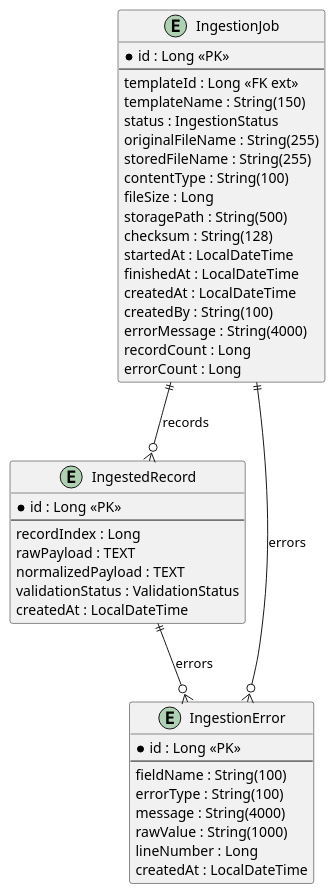
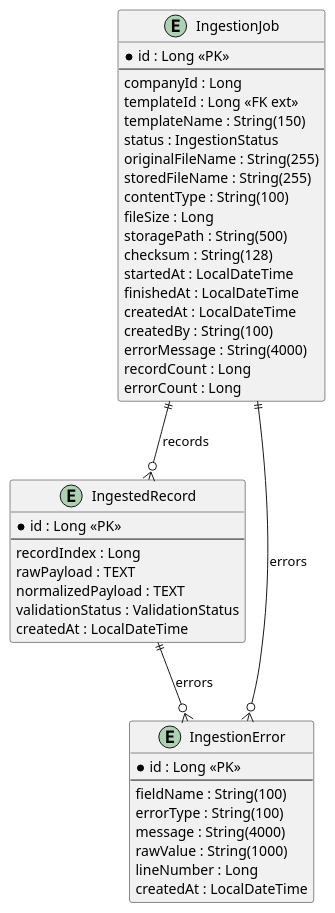
The second of 17 diagrams in docs/technical-documentation.md (paulo-uab/salesPrevision), drawn with PlantUML before and after one commit. The commit also changed other lines of this file and 48 other files, not shown here.

````diff
--- a/docs/technical-documentation.md
+++ b/docs/technical-documentation.md
@@ -396,49 +490,50 @@
 ```plantuml
 @startuml ingestion-erd
 entity "IngestionJob" as J {
   * id : Long <<PK>>
   --
+  companyId : Long
   templateId : Long <<FK ext>>
   templateName : String(150)
   status : IngestionStatus
   originalFileName : String(255)
   storedFileName : String(255)
   contentType : String(100)
   fileSize : Long
   storagePath : String(500)
   checksum : String(128)
   startedAt : LocalDateTime
   finishedAt : LocalDateTime
   createdAt : LocalDateTime
   createdBy : String(100)
   errorMessage : String(4000)
   recordCount : Long
   errorCount : Long
 }
 
 entity "IngestedRecord" as REC {
   * id : Long <<PK>>
   --
   recordIndex : Long
   rawPayload : TEXT
   normalizedPayload : TEXT
   validationStatus : ValidationStatus
   createdAt : LocalDateTime
 }
 
 entity "IngestionError" as ERR {
   * id : Long <<PK>>
   --
   fieldName : String(100)
   errorType : String(100)
   message : String(4000)
   rawValue : String(1000)
   lineNumber : Long
   createdAt : LocalDateTime
 }
 
 J ||--o{ REC : "records"
 J ||--o{ ERR : "errors"
 REC ||--o{ ERR : "errors"
 @enduml
 ```
````
